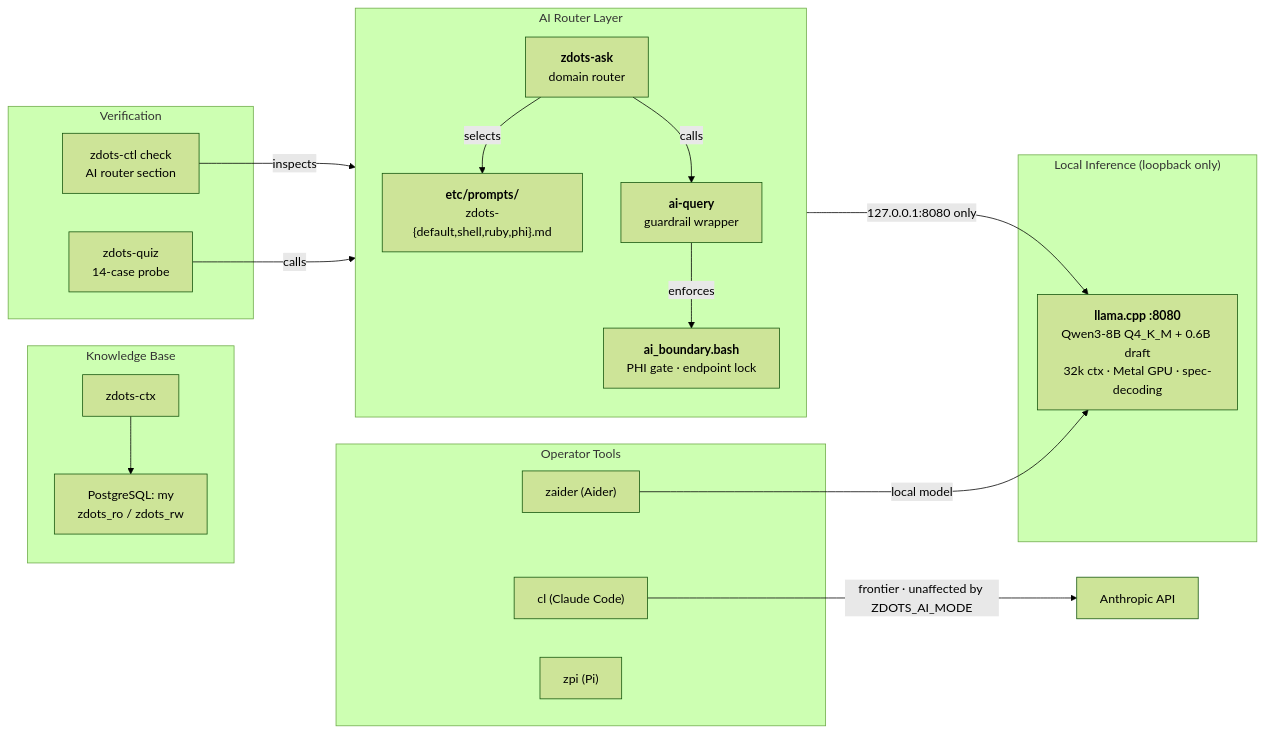
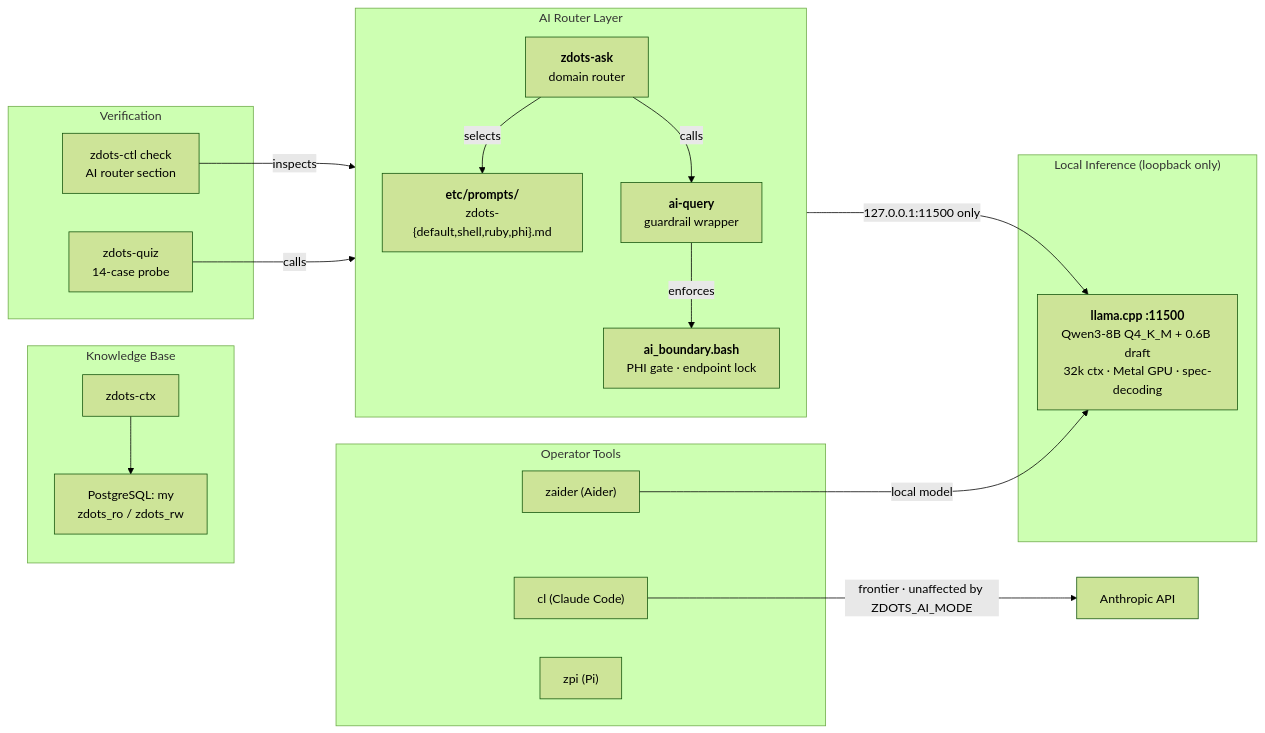
One commit to just3ws/zdots changed the first of 7 diagrams in docs/local-ai.md. Above: the diagram before and after it, drawn with Mermaid (forest theme). The commit also changed 54 other files, not shown here.

````diff
--- a/docs/local-ai.md
+++ b/docs/local-ai.md
@@ -22,40 +22,40 @@
 ```mermaid
 flowchart LR
     subgraph Router["AI Router Layer"]
         direction TB
         ask["<b>zdots-ask</b>\ndomain router"]
         prompts["<b>etc/prompts/</b>\nzdots-{default,shell,ruby,phi}.md"]
         aiquery["<b>ai-query</b>\nguardrail wrapper"]
         boundary["<b>ai_boundary.bash</b>\nPHI gate · endpoint lock"]
         ask -->|selects| prompts
         ask -->|calls| aiquery
         aiquery -->|enforces| boundary
     end
 
     subgraph Inference["Local Inference (loopback only)"]
-        llama["<b>llama.cpp :8080</b>\nQwen3-8B Q4_K_M + 0.6B draft\n32k ctx · Metal GPU · spec-decoding"]
+        llama["<b>llama.cpp :11500</b>\nQwen3-8B Q4_K_M + 0.6B draft\n32k ctx · Metal GPU · spec-decoding"]
     end
 
     subgraph Tools["Operator Tools"]
         zaider["zaider (Aider)"]
         cl["cl (Claude Code)"]
         zpi["zpi (Pi)"]
     end
 
     subgraph Knowledge["Knowledge Base"]
         ctxcli["zdots-ctx"]
         pg["PostgreSQL: my\nzdots_ro / zdots_rw"]
         ctxcli --> pg
     end
 
     subgraph Ops["Verification"]
         ctl["zdots-ctl check\nAI router section"]
         quiz["zdots-quiz\n14-case probe"]
         quiz -->|calls| ask
         ctl -->|inspects| ask
     end
 
-    boundary -->|127.0.0.1:8080 only| llama
+    boundary -->|127.0.0.1:11500 only| llama
     zaider -->|local model| llama
     cl -->|frontier · unaffected by ZDOTS_AI_MODE| ext["Anthropic API"]
 ```
````
